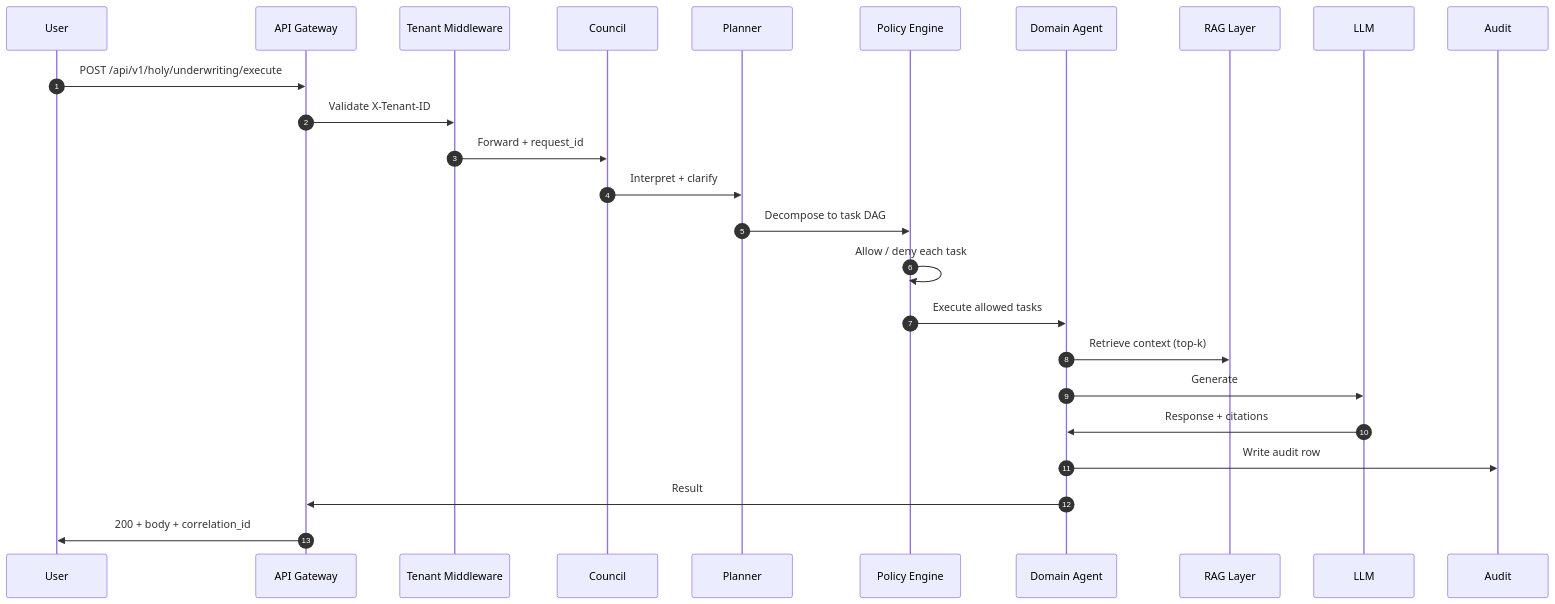
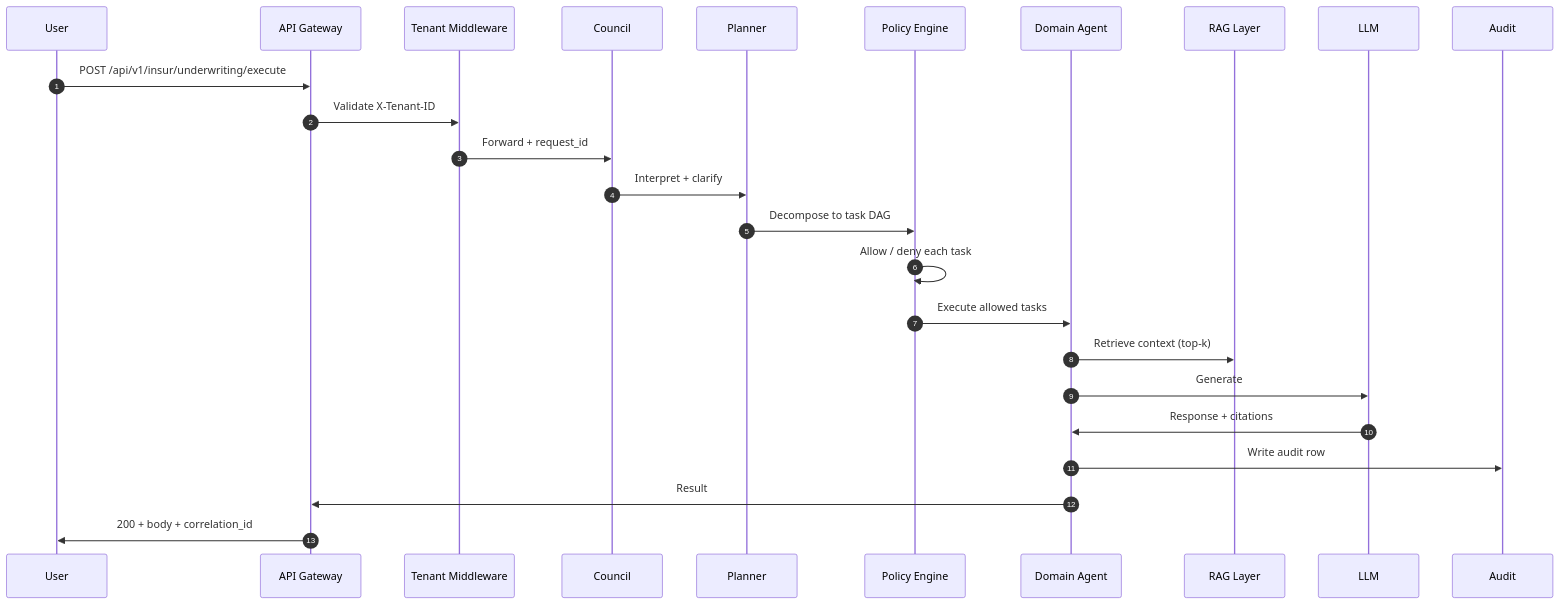
One commit to PraveenAsthana123/insurance changed the second of 2 diagrams in global-ai-org/departments/underwriting/business-layer/INSUR_ARCHITECTURE_FLOW.md. Above: the diagram before and after it, drawn with Mermaid. The commit also changed 974 other files, not shown here.

````diff
--- a/global-ai-org/departments/underwriting/business-layer/INSUR_ARCHITECTURE_FLOW.md
+++ b/global-ai-org/departments/underwriting/business-layer/INSUR_ARCHITECTURE_FLOW.md
@@ -89,28 +89,28 @@
 ```mermaid
 sequenceDiagram
     autonumber
     participant U as User
     participant GW as API Gateway
     participant TM as Tenant Middleware
     participant CO as Council
     participant PL as Planner
     participant PO as Policy Engine
     participant DA as Domain Agent
     participant RAG as RAG Layer
     participant LLM as LLM
     participant AU as Audit
 
-    U->>GW: POST /api/v1/holy/underwriting/execute
+    U->>GW: POST /api/v1/insur/underwriting/execute
     GW->>TM: Validate X-Tenant-ID
     TM->>CO: Forward + request_id
     CO->>PL: Interpret + clarify
     PL->>PO: Decompose to task DAG
     PO->>PO: Allow / deny each task
     PO->>DA: Execute allowed tasks
     DA->>RAG: Retrieve context (top-k)
     DA->>LLM: Generate
     LLM->>DA: Response + citations
     DA->>AU: Write audit row
     DA->>GW: Result
     GW->>U: 200 + body + correlation_id
 ```
````
